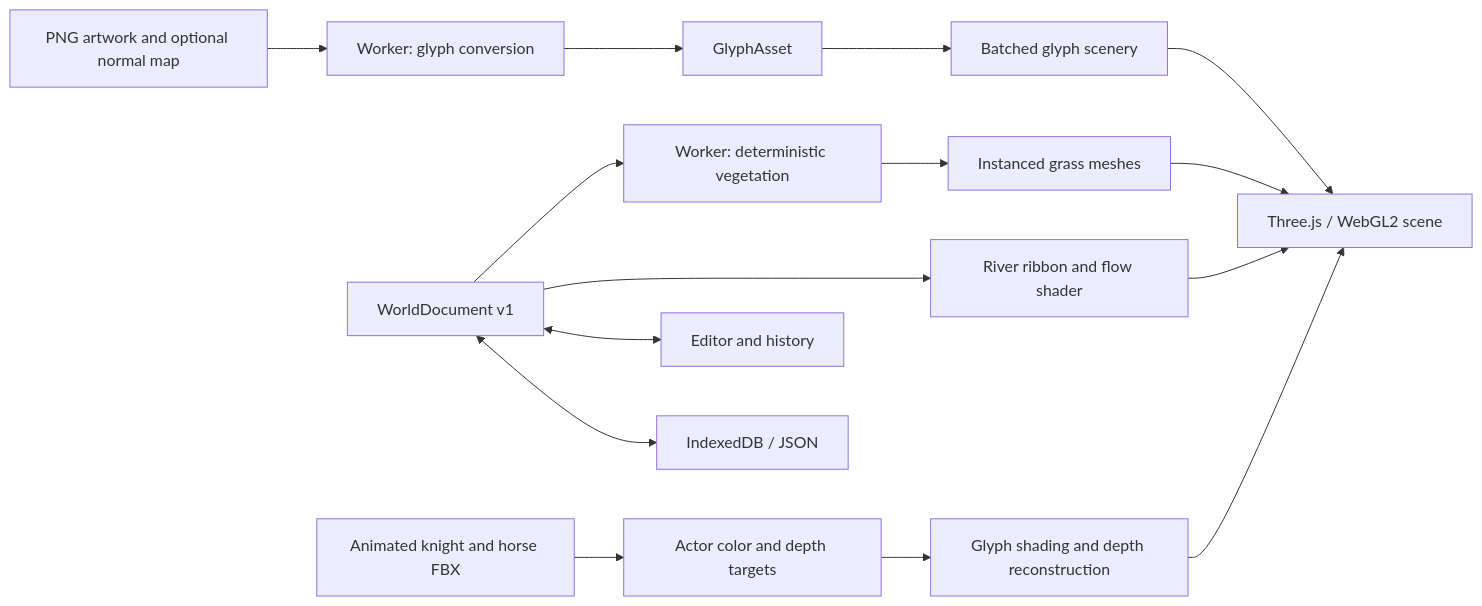
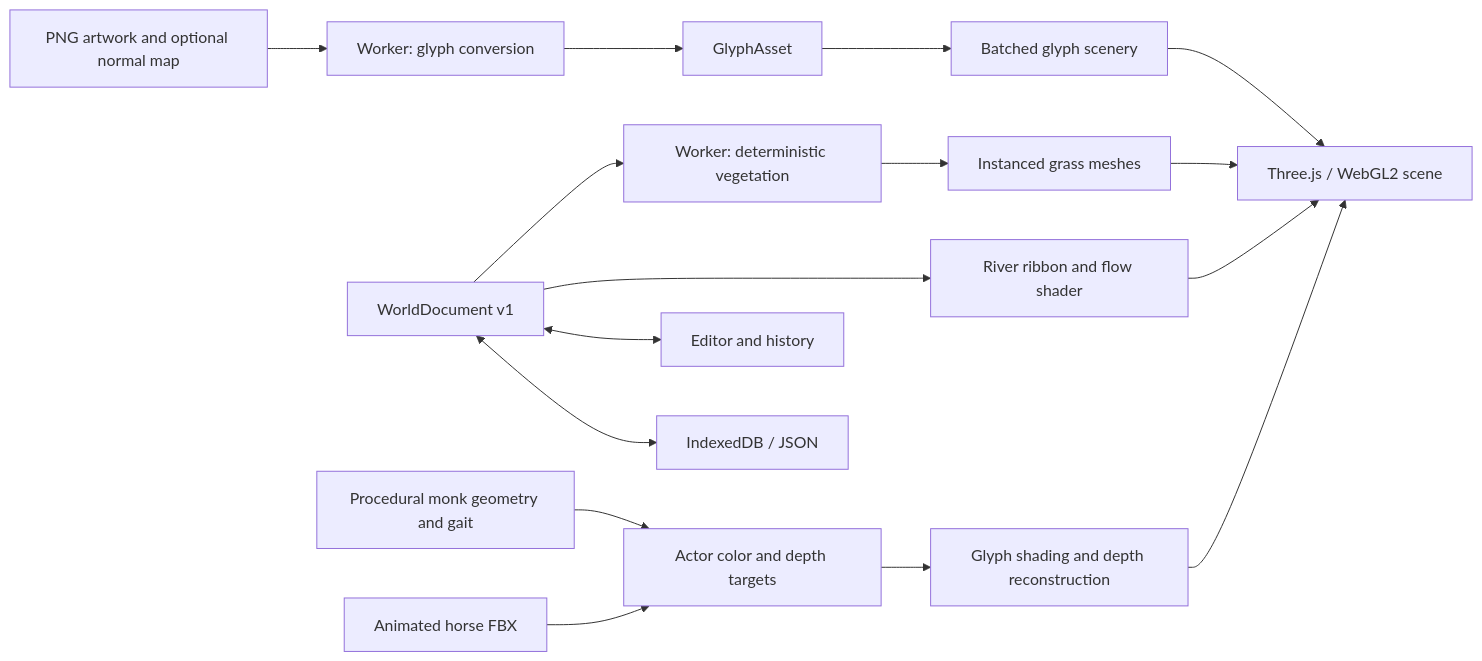
One commit to NYLLON-SOFTWARE/ascii-engine changed the diagram in README.md. Above: the diagram before and after it, drawn with Mermaid. The commit also changed other lines of this file and 22 other files, not shown here.

Commit message:
Replace knight with an animated novice monk and articulated robe

````diff
--- a/README.md
+++ b/README.md
@@ -158,17 +159,18 @@
 ```mermaid
 flowchart LR
     PNG[PNG artwork and optional normal map] --> Converter[Worker: glyph conversion]
     Converter --> Asset[GlyphAsset]
     Document[WorldDocument v1] --> Chunks[Worker: deterministic vegetation]
     Chunks --> Grass[Instanced grass meshes]
     Document --> River[River ribbon and flow shader]
     Asset --> Scenery[Batched glyph scenery]
-    FBX[Animated knight and horse FBX] --> Capture[Actor color and depth targets]
+    Monk[Procedural monk geometry and gait] --> Capture[Actor color and depth targets]
+    FBX[Animated horse FBX] --> Capture
     Capture --> Actors[Glyph shading and depth reconstruction]
     Scenery --> Frame[Three.js / WebGL2 scene]
     Grass --> Frame
     River --> Frame
     Actors --> Frame
     Document <--> Editor[Editor and history]
     Document <--> Save[IndexedDB / JSON]
 ```
````
